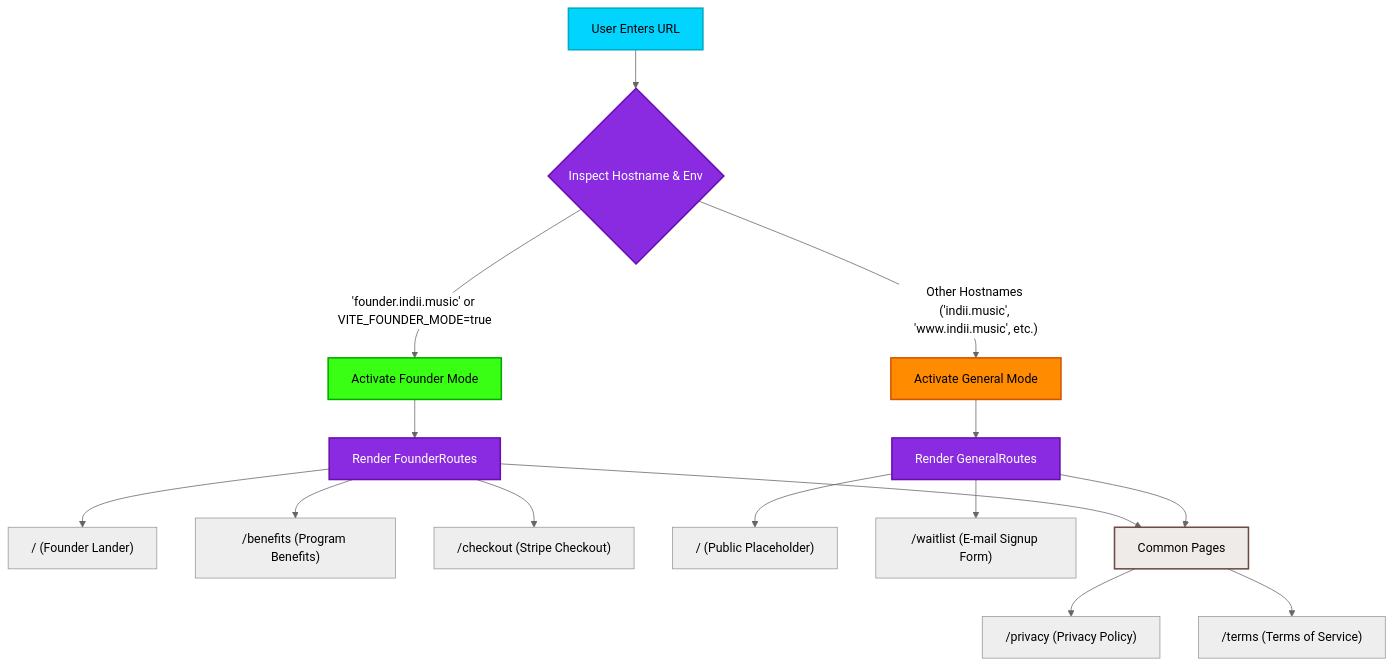
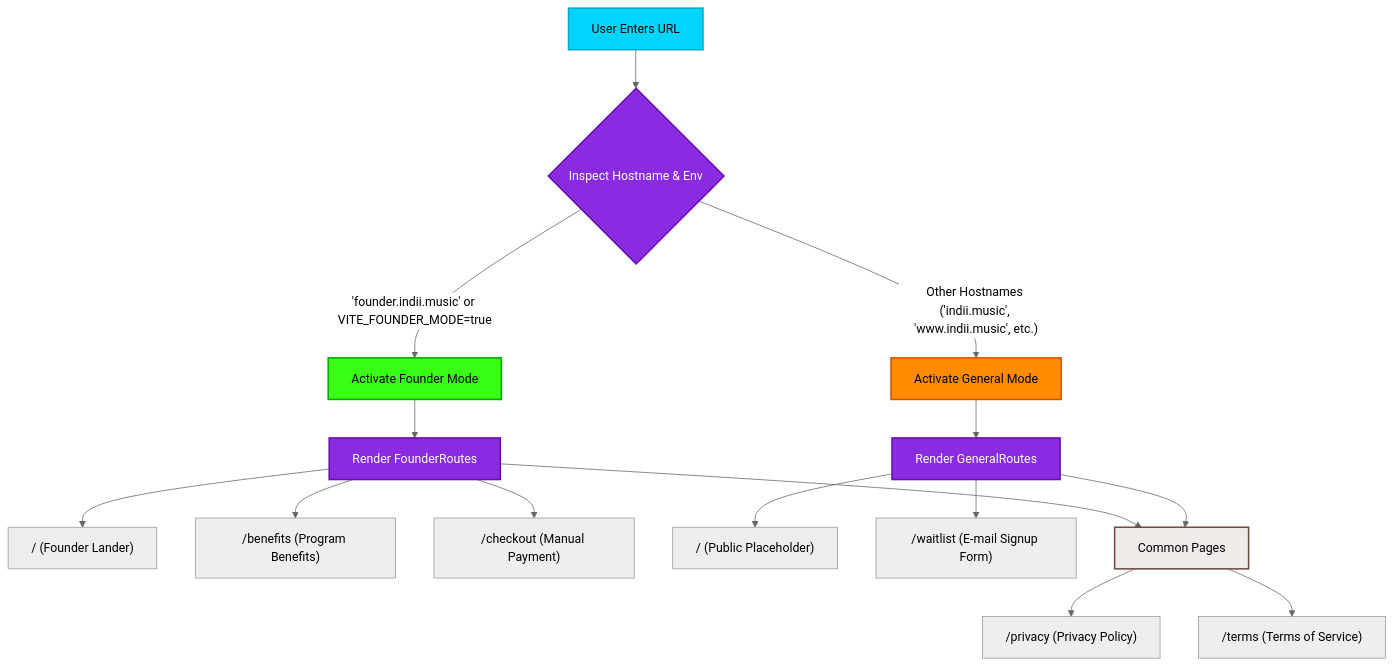
One commit to indii-music-founder/indii-music-founder changed the diagram in docs/flowcharts/founder-dynamic-routing.md. Above: the diagram before and after it, drawn with Mermaid (neutral theme). The commit also changed 11 other files, not shown here.

````diff
--- a/docs/flowcharts/founder-dynamic-routing.md
+++ b/docs/flowcharts/founder-dynamic-routing.md
@@ -7,33 +7,33 @@
 ```mermaid
 graph TD
     UserRequest["User Enters URL"] --> InspectHost{"Inspect Hostname & Env"}
     
     InspectHost -->|"'founder.indii.music' or VITE_FOUNDER_MODE=true"| MatchFounder["Activate Founder Mode"]
     InspectHost -->|"Other Hostnames ('indii.music', 'www.indii.music', etc.)"| MatchGeneral["Activate General Mode"]
     
     MatchFounder --> FounderRoutes["Render FounderRoutes"]
     MatchGeneral --> GeneralRoutes["Render GeneralRoutes"]
     
     %% Founder Mode Route Sub-Tree
     FounderRoutes --> FHome["/ (Founder Lander)"]
     FounderRoutes --> FBenefits["/benefits (Program Benefits)"]
-    FounderRoutes --> FCheckout["/checkout (Stripe Checkout)"]
+    FounderRoutes --> FCheckout["/checkout (Manual Payment)"]
     
     %% General Mode Route Sub-Tree
     GeneralRoutes --> GHome["/ (Public Placeholder)"]
     GeneralRoutes --> GWaitlist["/waitlist (E-mail Signup Form)"]
     
     %% Shared Infrastructure & Common Routes
     FounderRoutes --> SharedElements["Common Pages"]
     GeneralRoutes --> SharedElements
     SharedElements --> Privacy["/privacy (Privacy Policy)"]
     SharedElements --> Terms["/terms (Terms of Service)"]
     
     style UserRequest fill:#00D4FF,stroke:#00acc1,stroke-width:2px
     style InspectHost fill:#8A2BE2,stroke:#6a0dad,stroke-width:2px,color:#fff
     style MatchFounder fill:#39FF14,stroke:#00aa00,stroke-width:2px
     style MatchGeneral fill:#FF8C00,stroke:#d35400,stroke-width:2px
     style FounderRoutes fill:#8A2BE2,stroke:#6a0dad,stroke-width:2px,color:#fff
     style GeneralRoutes fill:#8A2BE2,stroke:#6a0dad,stroke-width:2px,color:#fff
     style SharedElements fill:#efebe9,stroke:#6d4c41,stroke-width:2px
 ```
````
